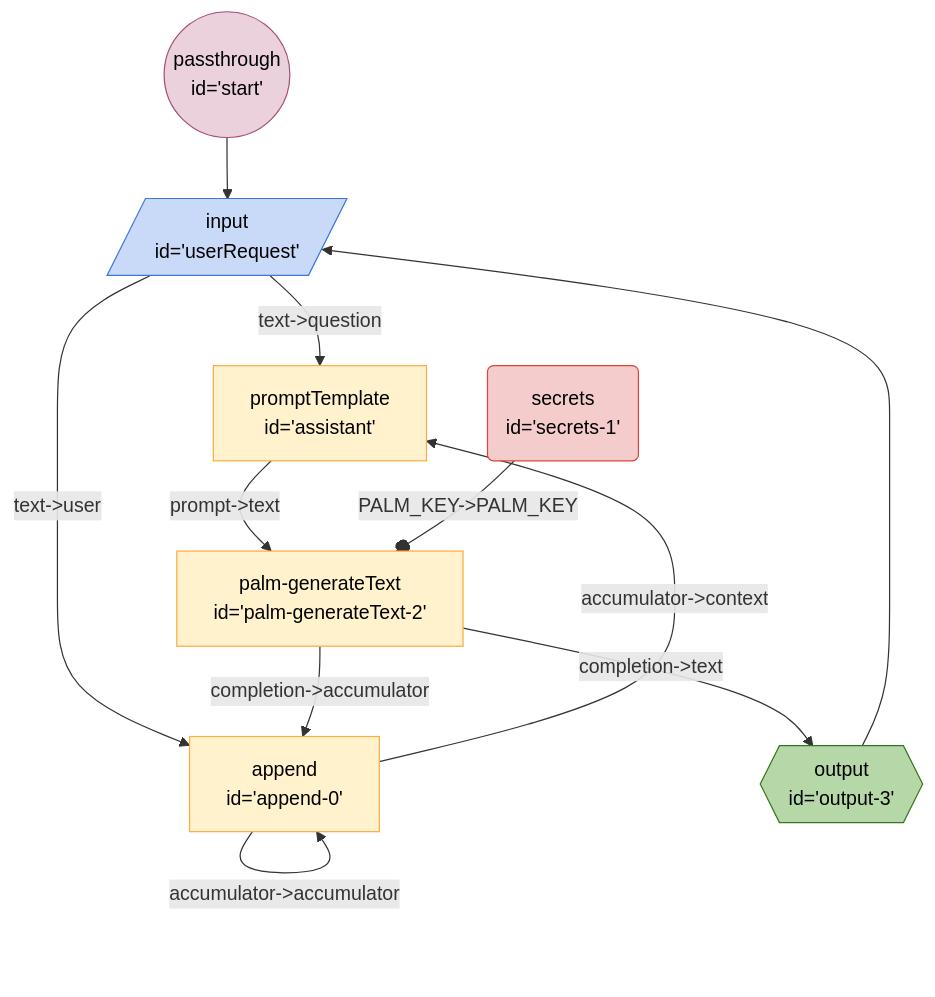
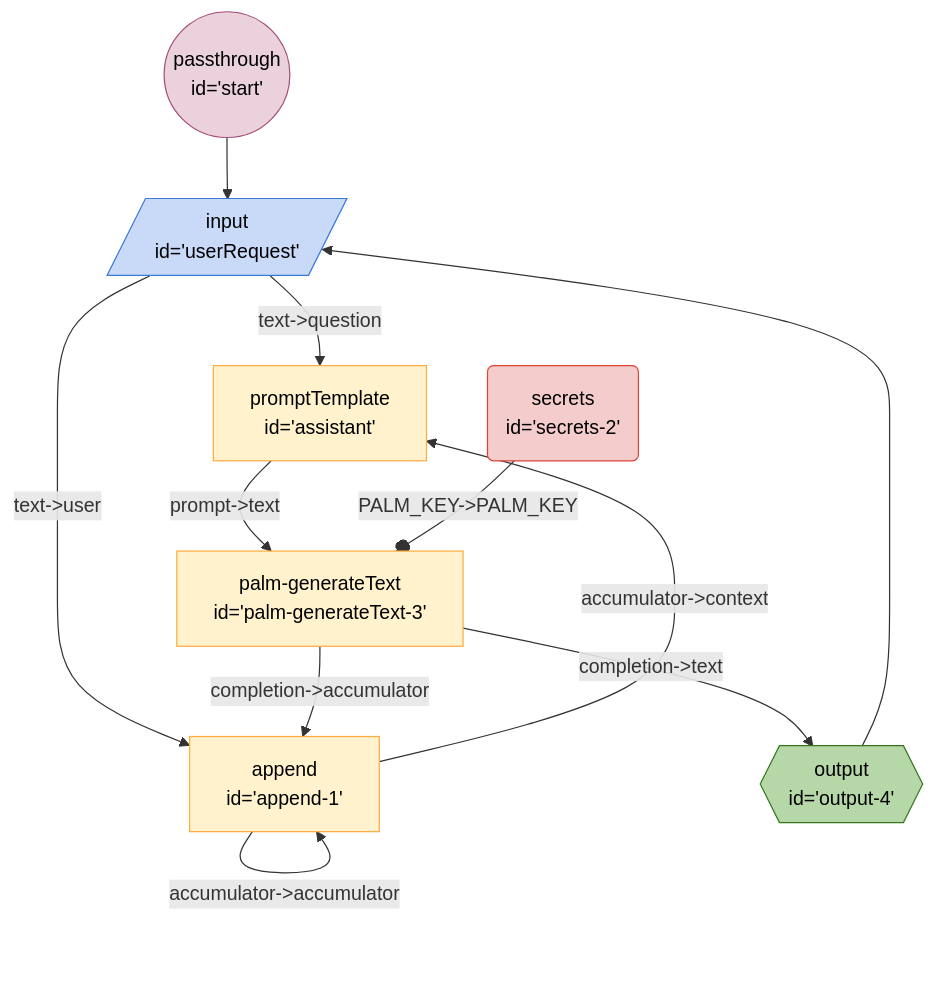
Before and after one commit to breadboard-ai/breadboard: the diagram in seeds/breadboard-web/docs/graphs/new/accumulating-context.md, drawn with Mermaid. The commit also changed 20 other files, not shown here.

Commit message:
[new syntax] saner ids in example graphs

````diff
--- a/seeds/breadboard-web/docs/graphs/new/accumulating-context.md
+++ b/seeds/breadboard-web/docs/graphs/new/accumulating-context.md
@@ -3,22 +3,22 @@
 ```mermaid
 %%{init: 'themeVariables': { 'fontFamily': 'Fira Code, monospace' }}%%
 graph TD;
 userRequest[/"input <br> id='userRequest'"/]:::input -- "text->question" --> assistant["promptTemplate <br> id='assistant'"]
-userRequest[/"input <br> id='userRequest'"/]:::input -- "text->user" --> append0["append <br> id='append-0'"]
+userRequest[/"input <br> id='userRequest'"/]:::input -- "text->user" --> append1["append <br> id='append-1'"]
 start(("passthrough <br> id='start'")):::passthrough --> userRequest[/"input <br> id='userRequest'"/]:::input
-output3{{"output <br> id='output-3'"}}:::output --> userRequest[/"input <br> id='userRequest'"/]:::input
-assistant["promptTemplate <br> id='assistant'"] -- "prompt->text" --> palmgenerateText2["palm-generateText <br> id='palm-generateText-2'"]
-append0["append <br> id='append-0'"] -- "accumulator->accumulator" --> append0["append <br> id='append-0'"]
-append0["append <br> id='append-0'"] -- "accumulator->context" --> assistant["promptTemplate <br> id='assistant'"]
-palmgenerateText2["palm-generateText <br> id='palm-generateText-2'"] -- "completion->accumulator" --> append0["append <br> id='append-0'"]
-palmgenerateText2["palm-generateText <br> id='palm-generateText-2'"] -- "completion->text" --> output3{{"output <br> id='output-3'"}}:::output
-secrets1("secrets <br> id='secrets-1'"):::secrets -- "PALM_KEY->PALM_KEY" --o palmgenerateText2["palm-generateText <br> id='palm-generateText-2'"]
+output4{{"output <br> id='output-4'"}}:::output --> userRequest[/"input <br> id='userRequest'"/]:::input
+assistant["promptTemplate <br> id='assistant'"] -- "prompt->text" --> palmgenerateText3["palm-generateText <br> id='palm-generateText-3'"]
+append1["append <br> id='append-1'"] -- "accumulator->accumulator" --> append1["append <br> id='append-1'"]
+append1["append <br> id='append-1'"] -- "accumulator->context" --> assistant["promptTemplate <br> id='assistant'"]
+palmgenerateText3["palm-generateText <br> id='palm-generateText-3'"] -- "completion->accumulator" --> append1["append <br> id='append-1'"]
+palmgenerateText3["palm-generateText <br> id='palm-generateText-3'"] -- "completion->text" --> output4{{"output <br> id='output-4'"}}:::output
+secrets2("secrets <br> id='secrets-2'"):::secrets -- "PALM_KEY->PALM_KEY" --o palmgenerateText3["palm-generateText <br> id='palm-generateText-3'"]
 classDef default stroke:#ffab40,fill:#fff2ccff,color:#000
 classDef input stroke:#3c78d8,fill:#c9daf8ff,color:#000
 classDef output stroke:#38761d,fill:#b6d7a8ff,color:#000
 classDef passthrough stroke:#a64d79,fill:#ead1dcff,color:#000
 classDef slot stroke:#a64d79,fill:#ead1dcff,color:#000
 classDef config stroke:#a64d79,fill:#ead1dcff,color:#000
 classDef secrets stroke:#db4437,fill:#f4cccc,color:#000
 classDef slotted stroke:#a64d79
 ```
````
